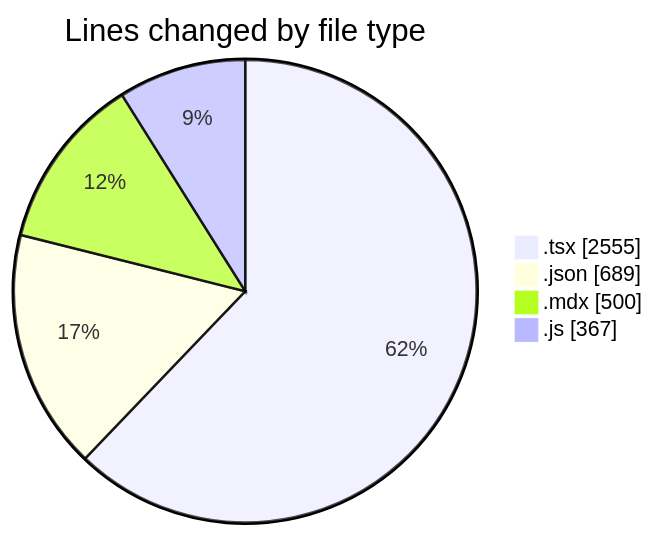
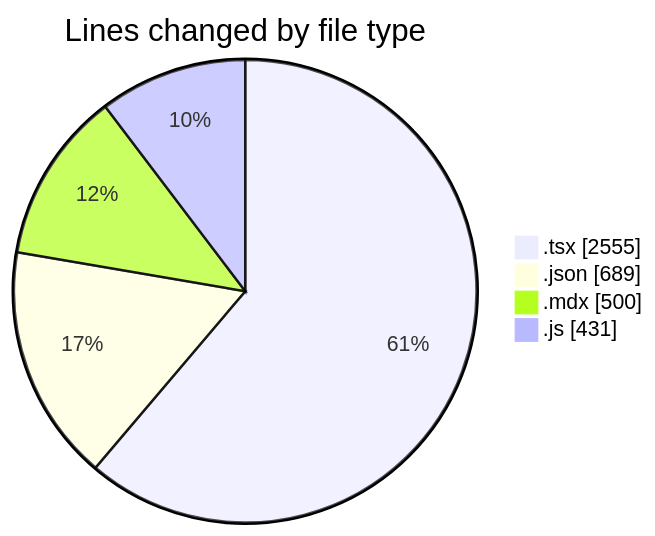
The first of 2 diagrams in 2026-01-12/cda/README.md (momahboobian/code-tracking), drawn with Mermaid before and after one commit. The commit also changed other lines of this file and 1 other file, not shown here.

````diff
--- a/2026-01-12/cda/README.md
+++ b/2026-01-12/cda/README.md
@@ -30,8 +31,8 @@
 ```mermaid
 pie showData
 title Lines changed by file type
 ".tsx" : 2555
 ".json" : 689
 ".mdx" : 500
-".js" : 367
+".js" : 431
 ```
````
